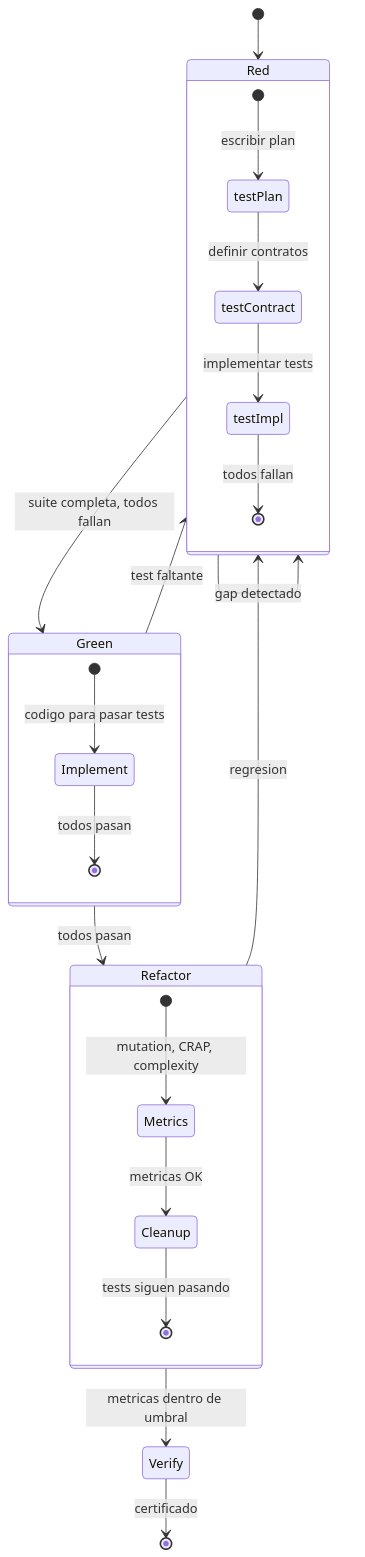
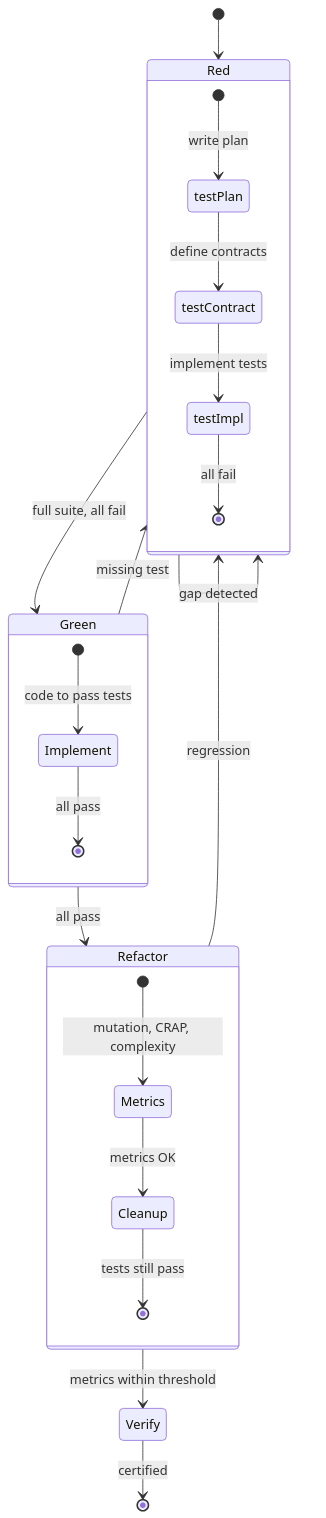
The diagram in principia/sections/12-red-green-refactor.md (virgenherrera/virgil), drawn with Mermaid before and after one commit. The commit also changed other lines of this file and 42 other files, not shown here.

````diff
--- a/principia/sections/12-red-green-refactor.md
+++ b/principia/sections/12-red-green-refactor.md
@@ -31,33 +31,33 @@
 ```mermaid
 stateDiagram-v2
     [*] --> Red
 
     state Red {
-        [*] --> testPlan : escribir plan
-        testPlan --> testContract : definir contratos
-        testContract --> testImpl : implementar tests
-        testImpl --> [*] : todos fallan
+        [*] --> testPlan : write plan
+        testPlan --> testContract : define contracts
+        testContract --> testImpl : implement tests
+        testImpl --> [*] : all fail
     }
 
-    Red --> Green : suite completa, todos fallan
+    Red --> Green : full suite, all fail
 
     state Green {
-        [*] --> Implement : codigo para pasar tests
-        Implement --> [*] : todos pasan
+        [*] --> Implement : code to pass tests
+        Implement --> [*] : all pass
     }
 
-    Green --> Refactor : todos pasan
+    Green --> Refactor : all pass
 
     state Refactor {
         [*] --> Metrics : mutation, CRAP, complexity
-        Metrics --> Cleanup : metricas OK
-        Cleanup --> [*] : tests siguen pasando
+        Metrics --> Cleanup : metrics OK
+        Cleanup --> [*] : tests still pass
     }
 
-    Refactor --> Verify : metricas dentro de umbral
-    Verify --> [*] : certificado
+    Refactor --> Verify : metrics within threshold
+    Verify --> [*] : certified
 
-    Red --> Red : gap detectado
-    Green --> Red : test faltante
-    Refactor --> Red : regresion
+    Red --> Red : gap detected
+    Green --> Red : missing test
+    Refactor --> Red : regression
 ```
````
